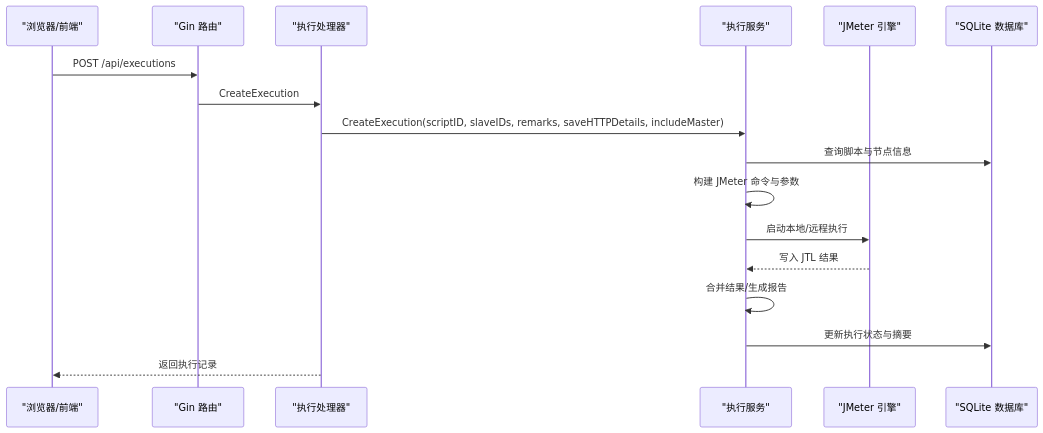
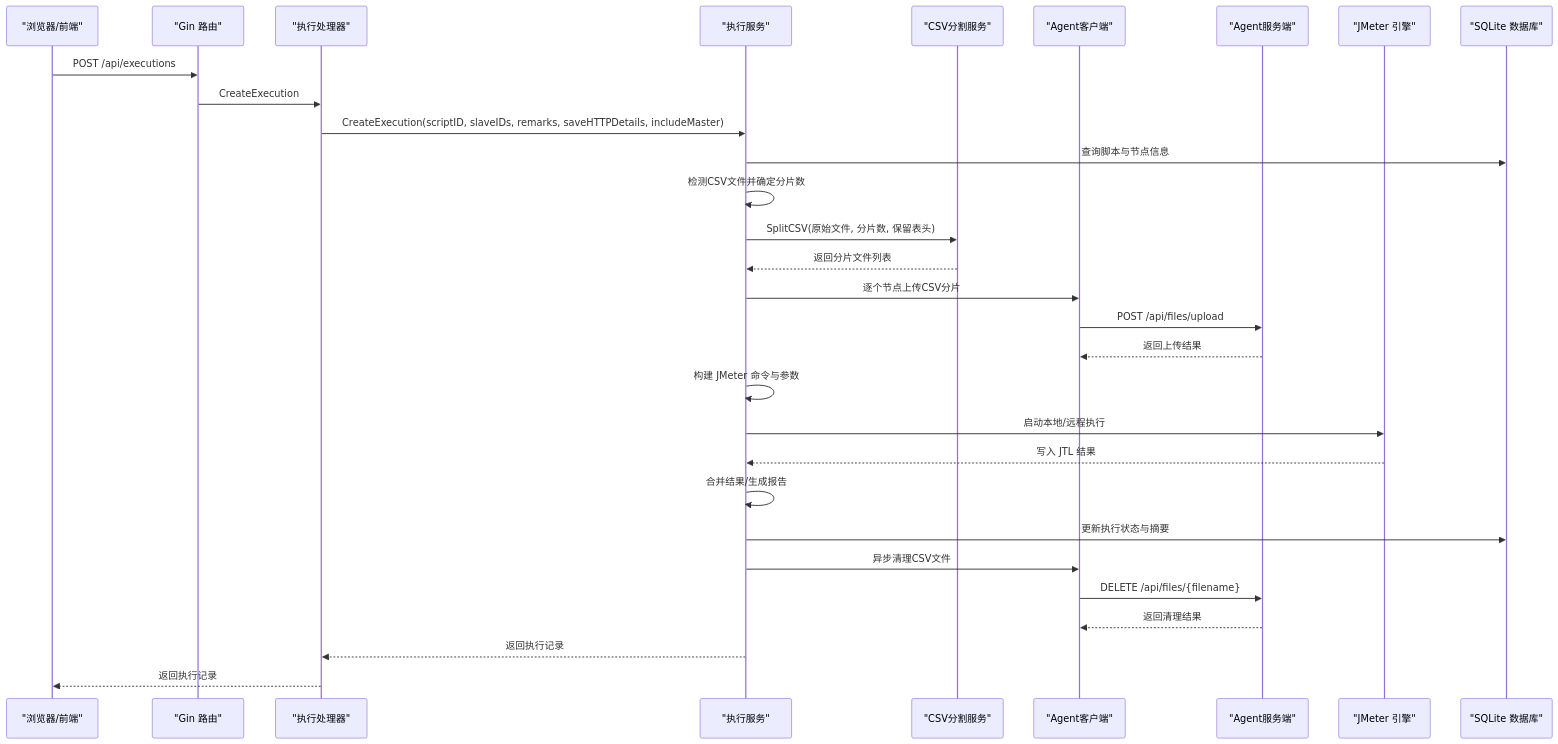
One commit to Liyuhao02/Jmeter-Admin changed the second of 9 diagrams in .qoder/repowiki/zh/content/核心业务模块/执行管理系统/执行管理系统.md. Above: the diagram before and after it, drawn with Mermaid. The commit also changed other lines of this file and 13 other files, not shown here.

````diff
--- a/.qoder/repowiki/zh/content/核心业务模块/执行管理系统/执行管理系统.md
+++ b/.qoder/repowiki/zh/content/核心业务模块/执行管理系统/执行管理系统.md
@@ -123,19 +145,32 @@
 ```mermaid
 sequenceDiagram
 participant Client as "浏览器/前端"
 participant Router as "Gin 路由"
 participant Handler as "执行处理器"
 participant Service as "执行服务"
+participant CSVService as "CSV分割服务"
+participant AgentClient as "Agent客户端"
+participant AgentServer as "Agent服务端"
 participant JMeter as "JMeter 引擎"
 participant DB as "SQLite 数据库"
 Client->>Router : POST /api/executions
 Router->>Handler : CreateExecution
 Handler->>Service : CreateExecution(scriptID, slaveIDs, remarks, saveHTTPDetails, includeMaster)
 Service->>DB : 查询脚本与节点信息
+Service->>Service : 检测CSV文件并确定分片数
+Service->>CSVService : SplitCSV(原始文件, 分片数, 保留表头)
+CSVService-->>Service : 返回分片文件列表
+Service->>AgentClient : 逐个节点上传CSV分片
+AgentClient->>AgentServer : POST /api/files/upload
+AgentServer-->>AgentClient : 返回上传结果
 Service->>Service : 构建 JMeter 命令与参数
 Service->>JMeter : 启动本地/远程执行
 JMeter-->>Service : 写入 JTL 结果
 Service->>Service : 合并结果/生成报告
 Service->>DB : 更新执行状态与摘要
+Service->>AgentClient : 异步清理CSV文件
+AgentClient->>AgentServer : DELETE /api/files/{filename}
+AgentServer-->>AgentClient : 返回清理结果
+Service-->>Handler : 返回执行记录
 Handler-->>Client : 返回执行记录
 ```
````
